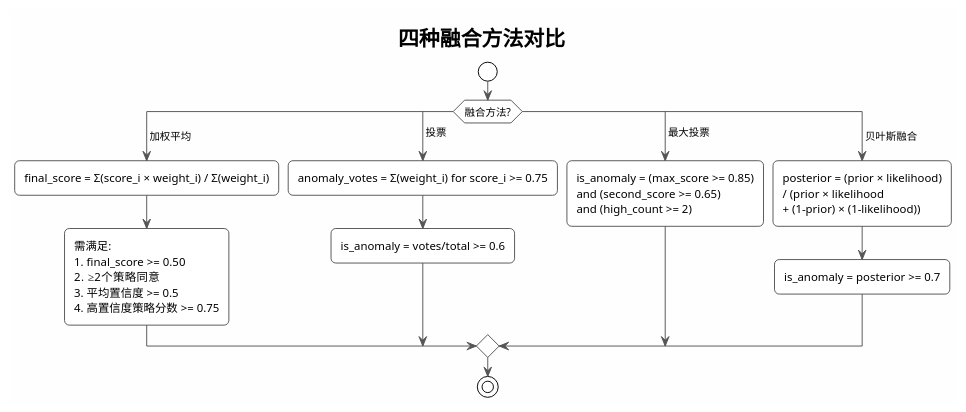
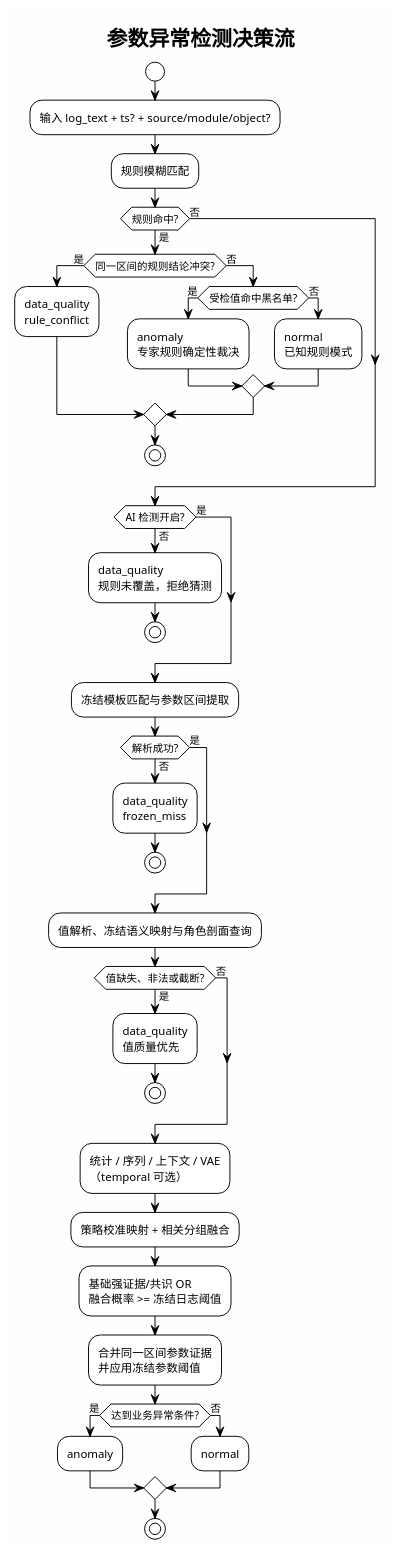
The seventh of 12 diagrams in LogNet3.0方案设计与实现文档.md (HouMonKy/TIG-PIPLUP), drawn with PlantUML before and after one commit. The commit also changed other lines of this file, not shown here.

Commit message:
docs: 完善 LogNet3.0 方案设计与实现文档

````diff
--- a/LogNet3.0方案设计与实现文档.md
+++ b/LogNet3.0方案设计与实现文档.md
@@ -1031,37 +684,60 @@
 ```plantuml
-@startuml Fusion_Methods
+@startuml Parameter_Detection_Pipeline
 !theme plain
 skinparam backgroundColor #FEFEFE
 skinparam shadowing false
-skinparam roundCorner 10
-skinparam ActivityBorderColor #555555
-skinparam ArrowColor #555555
 
-title 四种融合方法对比
+title 参数异常检测决策流
 
 start
+:输入 log_text + ts? + source/module/object?;
 
-switch (融合方法?)
+:规则模糊匹配;
+if (规则命中?) then (是)
+  if (同一区间的规则结论冲突?) then (是)
+    :data_quality\nrule_conflict;
+  else (否)
+    if (受检值命中黑名单?) then (是)
+      :anomaly\n专家规则确定性裁决;
+    else (否)
+      :normal\n已知规则模式;
+    endif
+  endif
+  stop
+else (否)
+endif
 
-case ( 加权平均 )
-    :final_score = Σ(score_i × weight_i) / Σ(weight_i);
-    :需满足:\n1. final_score >= 0.50\n2. ≥2个策略同意\n3. 平均置信度 >= 0.5\n4. 高置信度策略分数 >= 0.75;
+if (AI 检测开启?) then (否)
+  :data_quality\n规则未覆盖，拒绝猜测;
+  stop
+else (是)
+endif
 
-case ( 投票 )
-    :anomaly_votes = Σ(weight_i) for score_i >= 0.75;
-    :is_anomaly = votes/total >= 0.6;
+:冻结模板匹配与参数区间提取;
+if (解析成功?) then (否)
+  :data_quality\nfrozen_miss;
+  stop
+else (是)
+endif
 
-case ( 最大投票 )
-    :is_anomaly = (max_score >= 0.85)\nand (second_score >= 0.65)\nand (high_count >= 2);
+:值解析、冻结语义映射与角色剖面查询;
+if (值缺失、非法或截断?) then (是)
+  :data_quality\n值质量优先;
+  stop
+else (否)
+endif
 
-case ( 贝叶斯融合 )
-    :posterior = (prior × likelihood)\n/ (prior × likelihood\n+ (1-prior) × (1-likelihood));
-    :is_anomaly = posterior >= 0.7;
+:统计 / 序列 / 上下文 / VAE\n（temporal 可选）;
+:策略校准映射 + 相关分组融合;
+:基础强证据/共识 OR\n融合概率 >= 冻结日志阈值;
+:合并同一区间参数证据\n并应用冻结参数阈值;
 
-endswitch
-
+if (达到业务异常条件?) then (是)
+  :anomaly;
+else (否)
+  :normal;
+endif
 stop
 
 @enduml
-
 ```
````
